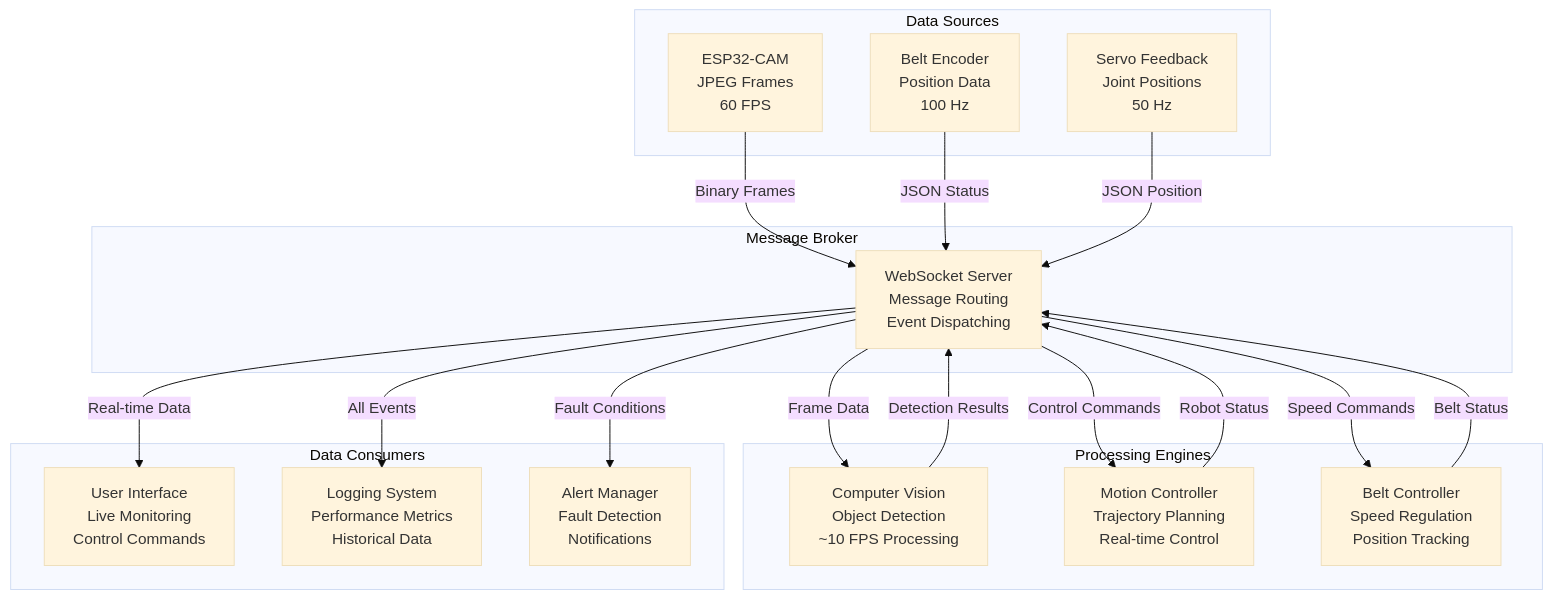
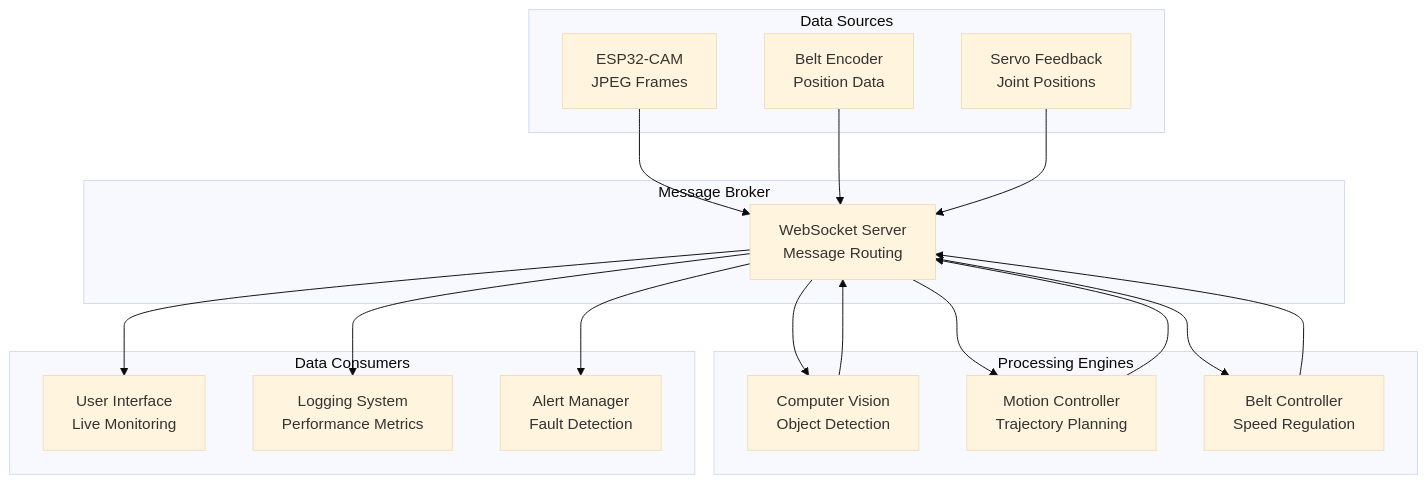
Before and after one commit to Red-misst/arm-robot-iot: the third of 11 diagrams in README.md, drawn with Mermaid (base theme). The commit also changed 1 other file, not shown here.

````diff
--- a/README.md
+++ b/README.md
@@ -152,40 +152,40 @@
 ```mermaid
 flowchart TD
-    subgraph DataSources ["Data Sources"]
-        CameraSensor["ESP32-CAM<br/>JPEG Frames<br/>60 FPS"]
-        ConveyorSensor["Belt Encoder<br/>Position Data<br/>100 Hz"]
-        RobotSensor["Servo Feedback<br/>Joint Positions<br/>50 Hz"]
+    subgraph DS ["Data Sources"]
+        CAM["ESP32-CAM<br/>JPEG Frames"]
+        CONV["Belt Encoder<br/>Position Data"]
+        ROBOT["Servo Feedback<br/>Joint Positions"]
     end
     
-    subgraph MessageBroker ["Message Broker"]
-        WSServer["WebSocket Server<br/>Message Routing<br/>Event Dispatching"]
+    subgraph MB ["Message Broker"]
+        WS["WebSocket Server<br/>Message Routing"]
     end
     
-    subgraph ProcessingEngines ["Processing Engines"]
-        VisionAI["Computer Vision<br/>Object Detection<br/>~10 FPS Processing"]
-        MotionControl["Motion Controller<br/>Trajectory Planning<br/>Real-time Control"]
-        ConveyorControl["Belt Controller<br/>Speed Regulation<br/>Position Tracking"]
+    subgraph PE ["Processing Engines"]
+        AI["Computer Vision<br/>Object Detection"]
+        MC["Motion Controller<br/>Trajectory Planning"]
+        BC["Belt Controller<br/>Speed Regulation"]
     end
     
-    subgraph DataConsumers ["Data Consumers"]
-        WebInterface["User Interface<br/>Live Monitoring<br/>Control Commands"]
-        DataStorage["Logging System<br/>Performance Metrics<br/>Historical Data"]
-        AlertSystem["Alert Manager<br/>Fault Detection<br/>Notifications"]
+    subgraph DC ["Data Consumers"]
+        UI["User Interface<br/>Live Monitoring"]
+        DB["Logging System<br/>Performance Metrics"]
+        ALERT["Alert Manager<br/>Fault Detection"]
     end
     
-    CameraSensor -->|Binary Frames| WSServer
-    ConveyorSensor -->|JSON Status| WSServer
-    RobotSensor -->|JSON Position| WSServer
+    CAM --> WS
+    CONV --> WS
+    ROBOT --> WS
     
-    WSServer -->|Frame Data| VisionAI
-    WSServer -->|Control Commands| MotionControl
-    WSServer -->|Speed Commands| ConveyorControl
+    WS --> AI
+    WS --> MC
+    WS --> BC
     
-    VisionAI -->|Detection Results| WSServer
-    MotionControl -->|Robot Status| WSServer
-    ConveyorControl -->|Belt Status| WSServer
+    AI --> WS
+    MC --> WS
+    BC --> WS
     
-    WSServer -->|Real-time Data| WebInterface
-    WSServer -->|All Events| DataStorage
-    WSServer -->|Fault Conditions| AlertSystem
+    WS --> UI
+    WS --> DB
+    WS --> ALERT
 ```
````
